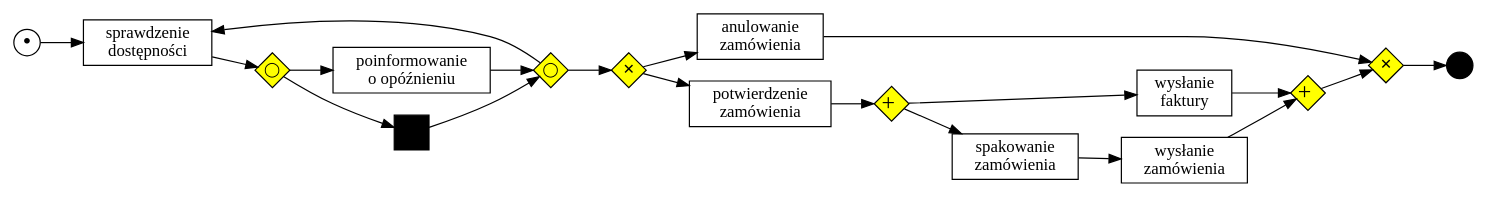
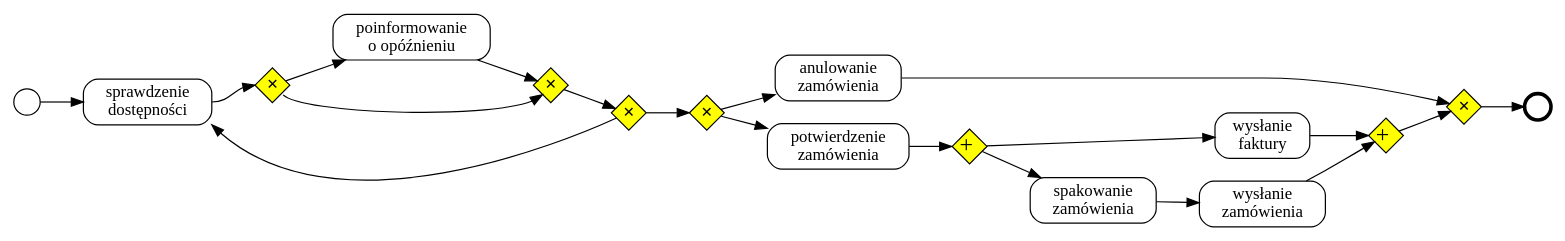
One commit to psm8/automated-business-process-discovery changed the diagram in PracaInzynierskaTex/complicated-process-example1.gv. Above: the diagram before and after it, drawn with Graphviz. The commit also changed 28 other files, not shown here.

```diff
--- a/PracaInzynierskaTex/complicated-process-example1.gv
+++ b/PracaInzynierskaTex/complicated-process-example1.gv
@@ -1,51 +1,53 @@
 digraph G {
   rankdir=LR;
+  ordering=out;
   subgraph place {
     node [shape=circle,fixedsize=true,label="",height=.3,width=.3];
-    in [label="&bull;", fontsize=20];
-    out [style=filled,fillcolor=black];
+    in;
+    out[penwidth=3];
   }
   subgraph xorgate {
     node [shape=diamond,fixedsize=true,width=.4,height=.4,label=<&#x2715;>,fontsize=12,style=filled,fillcolor=yellow]
-    x1; x2;
+    x1; x2; x4;o1; o2;
   }
   subgraph andgate {
     node [shape=diamond,fixedsize=true,width=.4,height=.4 label=<&#43;>,fontsize=20,style=filled,fillcolor=yellow]
     a1; a2;
   }
   subgraph optgate {
     node [shape=diamond,fixedsize=true,width=.4,height=.4,label=<&#9711;>,fontsize=12,style=filled,fillcolor=yellow]
-    o1; o2;
   }
   subgraph transitions {
-    node [shape=rect,height=0.4,width=.4];
+    node [shape=Mrecord,height=0.4,width=.65];
     a[label="sprawdzenie\n dostępności"]; 
     b[label="poinformowanie\n o opóźnieniu"]; 
     c[label="anulowanie\n zamówienia"]; 
     d[label="potwierdzenie\n zamówienia"]; 
     e[label="wysłanie\n faktury"]; 
     f[label="spakowanie\n zamówienia"]; 
     g[label="wysłanie\n zamówienia"];
   }
   subgraph skip {
     node [shape=rect,label="",height=0.4,width=.4,style=filled,fillcolor=black];
-    s1;
   }
 
   # align horizontally
-  {edge [weight=1]; a;g;e}
+  {edge [weight=1]; a;b}
 
-  in->a->o1;
-  o1->b->o2;
-  o1->s1->o2;
-  o2->x1;
-  o2->a;
+  in->a;
+  o1->b
+  b->o2;
+  o1:se->o2:sw;
+  o2->x4
+  x4->x1;
+  a:e->o1:w;
+  x4->a:se;
   x1->c->x2;
   x1->d->a1;
   a2->x2;
   a1->e->a2;
   a1->f->g->a2
   x2->out;
   # align vertically
   {rank=same; d;c}
 }
```
